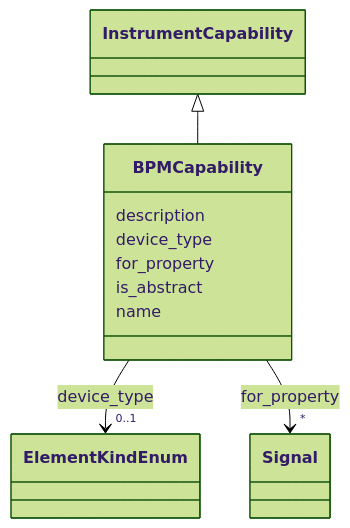
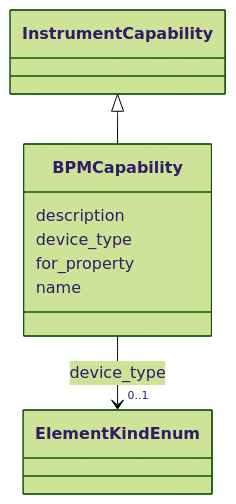
The diagram in docs_narad/BPMCapability.md (pals-project/pals-facility-config), drawn with Mermaid (forest theme) before and after one commit. The commit also changed other lines of this file and 126 other files, not shown here.

````diff
--- a/docs_narad/BPMCapability.md
+++ b/docs_narad/BPMCapability.md
@@ -18,37 +18,26 @@
 ```mermaid
  classDiagram
     class BPMCapability
     click BPMCapability href "../BPMCapability/"
       InstrumentCapability <|-- BPMCapability
         click InstrumentCapability href "../InstrumentCapability/"
       
       BPMCapability : description
         
       BPMCapability : device_type
         
           
     
         
         
         BPMCapability --> "0..1" ElementKindEnum : device_type
         click ElementKindEnum href "../ElementKindEnum/"
     
 
         
       BPMCapability : for_property
         
-          
-    
-        
-        
-        BPMCapability --> "*" Signal : for_property
-        click Signal href "../Signal/"
-    
-
-        
-      BPMCapability : is_abstract
-        
       BPMCapability : name
         
       
 ```
````
